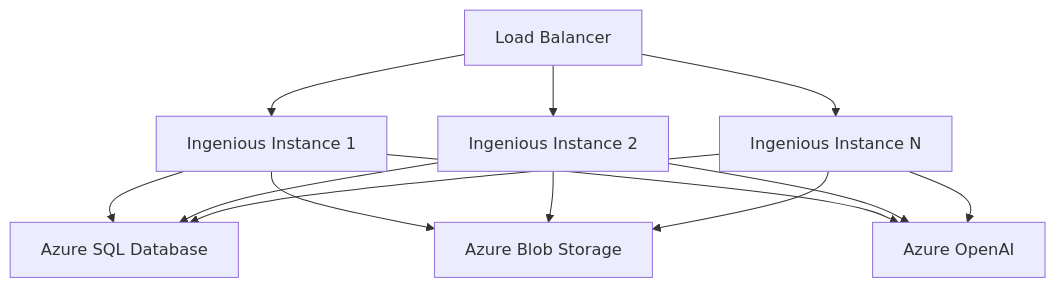
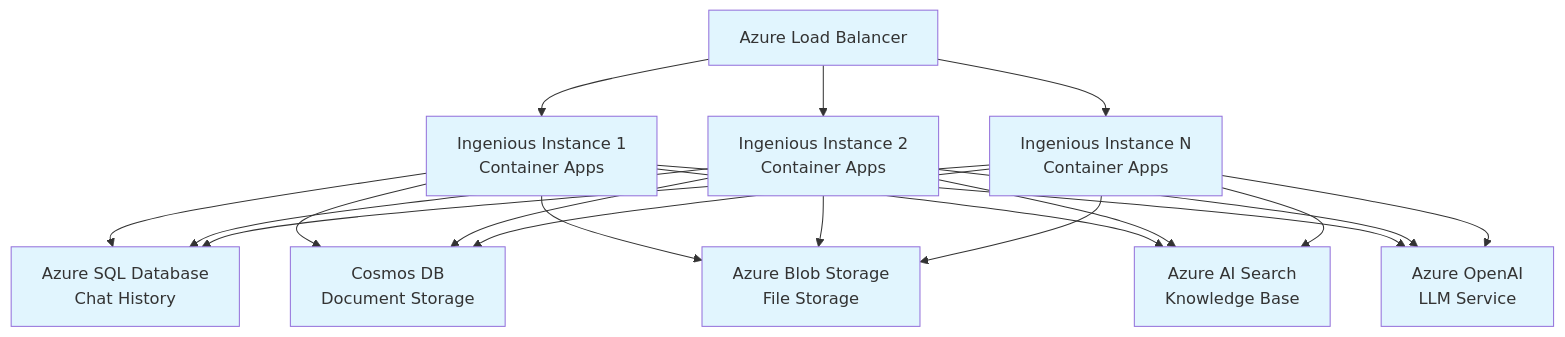
The eighth of 8 diagrams in docs/architecture.md (renz-adarayan/ingenious), drawn with Mermaid before and after one commit. The commit also changed other lines of this file, not shown here.

First line of the commit message:
docs: enhance architecture documentation with dual deployment models

````diff
--- a/docs/architecture.md
+++ b/docs/architecture.md
@@ -317,18 +330,30 @@
 ```mermaid
 graph TB
-    LOAD_BALANCER[Load Balancer] --> APP1[Ingenious Instance 1]
-    LOAD_BALANCER --> APP2[Ingenious Instance 2]
-    LOAD_BALANCER --> APPN[Ingenious Instance N]
+    LOAD_BALANCER[Azure Load Balancer] --> APP1[Ingenious Instance 1<br/>Container Apps]
+    LOAD_BALANCER --> APP2[Ingenious Instance 2<br/>Container Apps]
+    LOAD_BALANCER --> APPN[Ingenious Instance N<br/>Container Apps]
 
-    APP1 --> SHARED_DB[Azure SQL Database]
-    APP2 --> SHARED_DB
-    APPN --> SHARED_DB
+    APP1 --> AZURE_SQL[Azure SQL Database<br/>Chat History]
+    APP2 --> AZURE_SQL
+    APPN --> AZURE_SQL
 
-    APP1 --> BLOB_STORAGE[Azure Blob Storage]
+    APP1 --> COSMOS_DB[Cosmos DB<br/>Document Storage]
+    APP2 --> COSMOS_DB
+    APPN --> COSMOS_DB
+
+    APP1 --> BLOB_STORAGE[Azure Blob Storage<br/>File Storage]
     APP2 --> BLOB_STORAGE
     APPN --> BLOB_STORAGE
 
-    APP1 --> AZURE_OPENAI[Azure OpenAI]
+    APP1 --> AI_SEARCH[Azure AI Search<br/>Knowledge Base]
+    APP2 --> AI_SEARCH
+    APPN --> AI_SEARCH
+
+    APP1 --> AZURE_OPENAI[Azure OpenAI<br/>LLM Service]
     APP2 --> AZURE_OPENAI
     APPN --> AZURE_OPENAI
+
+    classDef azureServices fill:#e1f5fe
+
+    class LOAD_BALANCER,APP1,APP2,APPN,AZURE_SQL,COSMOS_DB,BLOB_STORAGE,AI_SEARCH,AZURE_OPENAI azureServices
 ```
````
